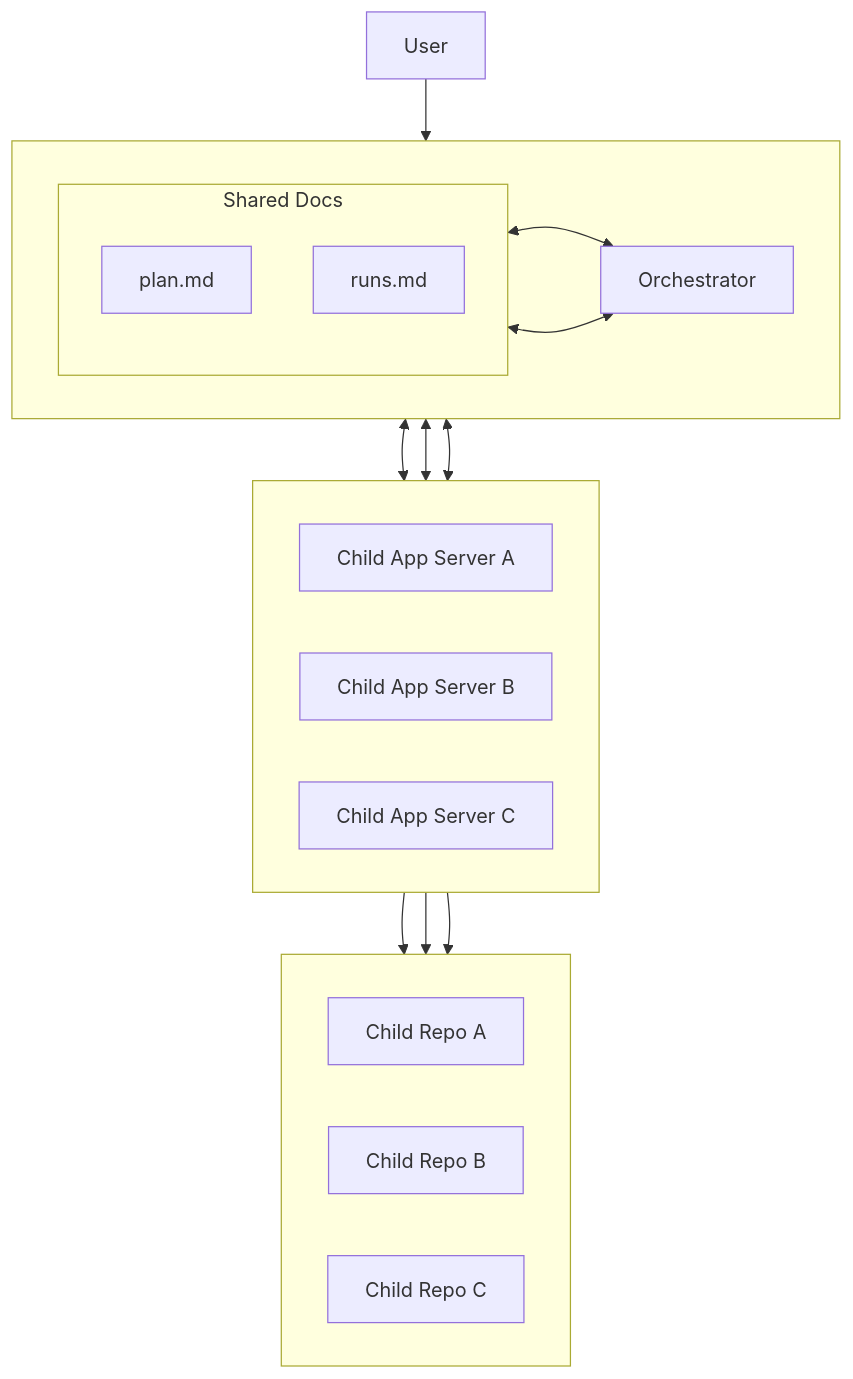
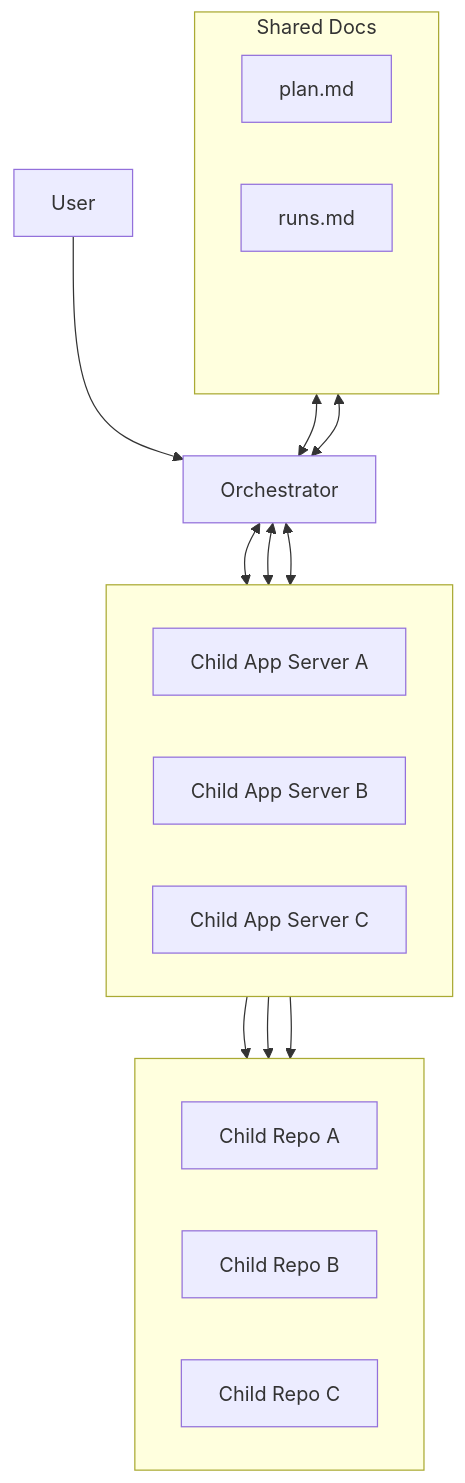
One commit to yeutterg/codex-orchestrator changed the diagram in README.md. Above: the diagram before and after it, drawn with Mermaid. The commit also changed other lines of this file, not shown here.

Commit message:
Add README benefits and simplify diagram layout

````diff
--- a/README.md
+++ b/README.md
@@ -18,38 +18,38 @@
 ```mermaid
 flowchart TD
-    U[User]
+    U[User] --> O[Orchestrator]
 
-    subgraph Header[" "]
+    subgraph Docs["Shared Docs"]
         direction LR
-        subgraph Docs["Shared Docs"]
-            direction TB
-            P[plan.md]
-            R[runs.md]
-        end
-        O[Orchestrator]
+        P[plan.md]
+        R[runs.md]
+        DX[" "]
     end
 
     subgraph Servers[" "]
         direction LR
         A[Child App Server A]
         B[Child App Server B]
         C[Child App Server C]
     end
 
     subgraph Repos[" "]
         direction LR
         RA[Child Repo A]
         RB[Child Repo B]
         RC[Child Repo C]
     end
 
-    U --> O
+    classDef invisible fill:transparent,stroke:transparent,color:transparent
+    class DX invisible
+
+    DX ~~~ O
     P <--> O
     R <--> O
     O <--> A
     O <--> B
     O <--> C
     A --> RA
     B --> RB
     C --> RC
 ```
````
